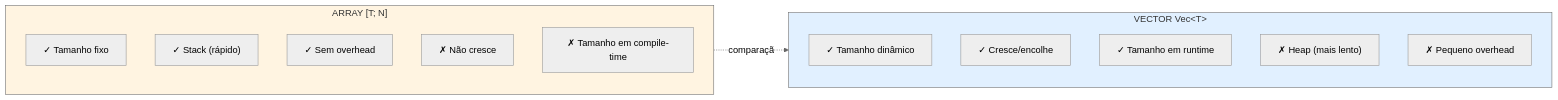
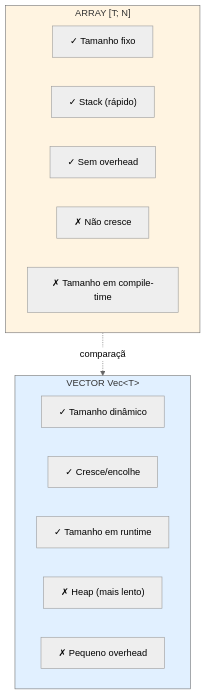
Before and after one commit to thgbianeck/rust-iniciantes: the second of 6 diagrams in fase01-fundamentos/dia08/dia08.md, drawn with Mermaid (neutral theme). The commit also changed other lines of this file and 5 other files, not shown here.

````diff
--- a/fase01-fundamentos/dia08/dia08.md
+++ b/fase01-fundamentos/dia08/dia08.md
@@ -146,23 +146,23 @@
 ```mermaid
-graph LR
+graph TD
     subgraph Array["ARRAY [T; N]"]
         A1["✓ Tamanho fixo"]
         A2["✓ Stack (rápido)"]
         A3["✓ Sem overhead"]
         A4["✗ Não cresce"]
         A5["✗ Tamanho em compile-time"]
     end
     
     subgraph Vector["VECTOR Vec&lt;T&gt;"]
         V1["✓ Tamanho dinâmico"]
         V2["✓ Cresce/encolhe"]
         V3["✓ Tamanho em runtime"]
         V4["✗ Heap (mais lento)"]
         V5["✗ Pequeno overhead"]
     end
     
     Array -.comparação.-> Vector
     
     style Array fill:#fff4e1
     style Vector fill:#e1f0ff
 ```
````
